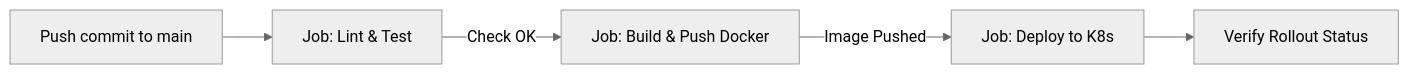
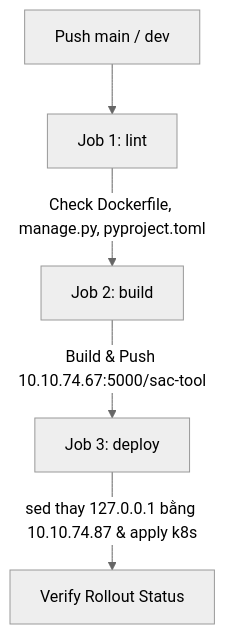
The diagram in GITEA_CICD_GUIDE.md (Quynh13/DBtool), drawn with Mermaid (neutral theme) before and after one commit. The commit also changed other lines of this file and 2 other files, not shown here.

````diff
--- a/GITEA_CICD_GUIDE.md
+++ b/GITEA_CICD_GUIDE.md
@@ -11,7 +36,7 @@
 ```mermaid
-flowchart LR
-    A[Push commit to main] --> B[Job: Lint & Test]
-    B -->|Check OK| C[Job: Build & Push Docker]
-    C -->|Image Pushed| D[Job: Deploy to K8s]
-    D --> E[Verify Rollout Status]
+flowchart TD
+    A[Push main / dev] --> B[Job 1: lint]
+    B -->|Check Dockerfile, manage.py, pyproject.toml| C[Job 2: build]
+    C -->|Build & Push 10.10.74.67:5000/sac-tool| D[Job 3: deploy]
+    D -->|sed thay 127.0.0.1 bằng 10.10.74.87 & apply k8s| E[Verify Rollout Status]
 ```
````
